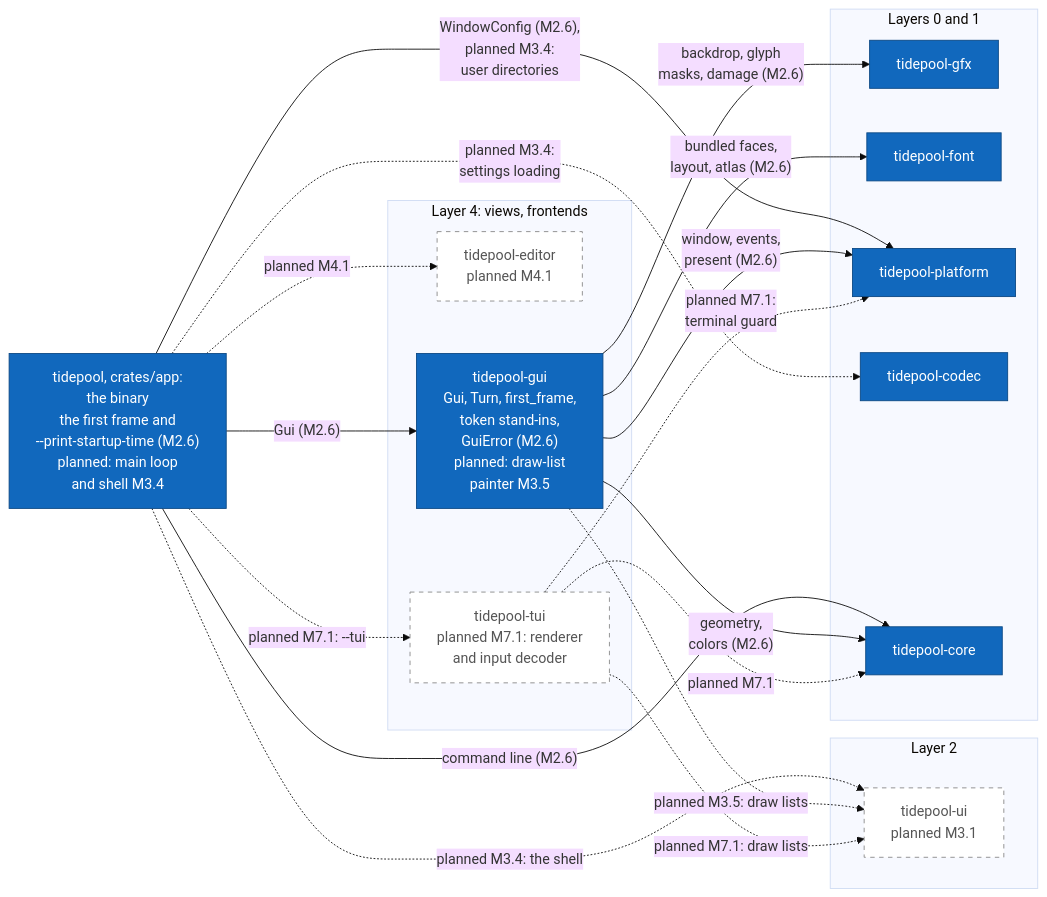
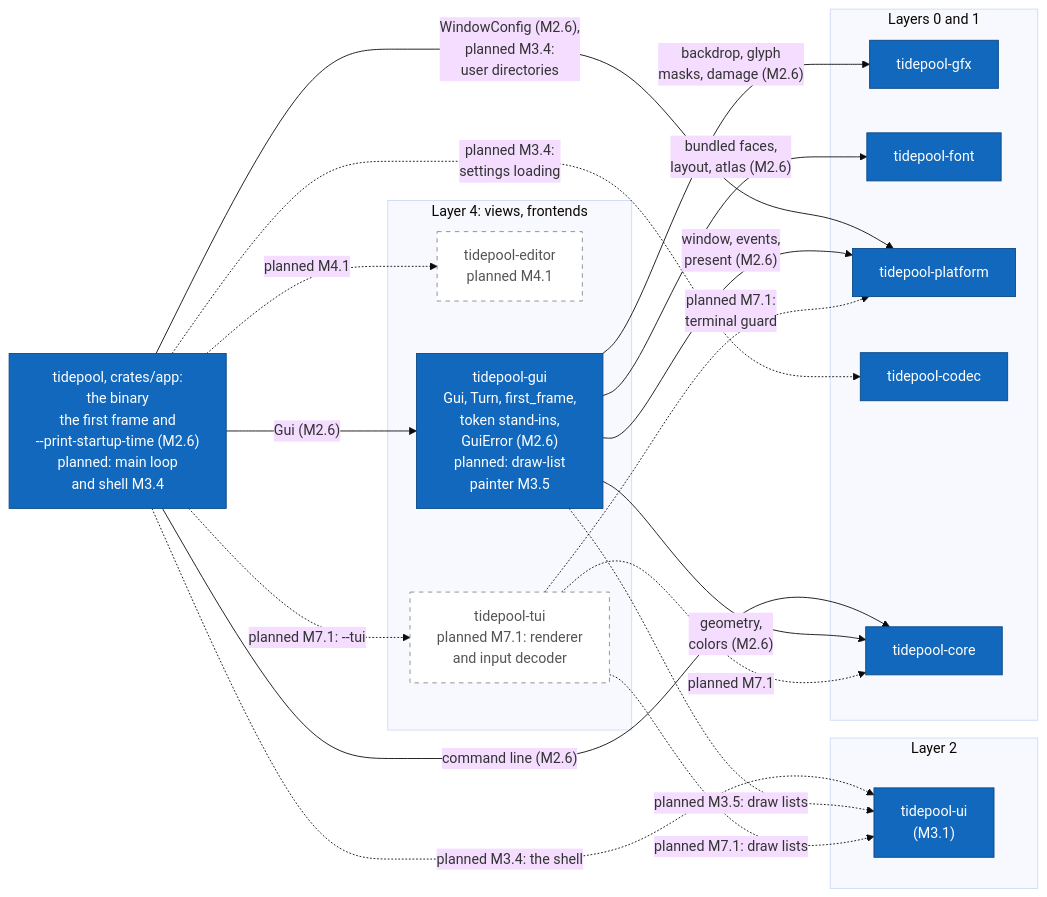
Before and after one commit to jabbott-iii/Tidepool: the tenth of 17 diagrams in diagrams/c4-architecture.md, drawn with Mermaid (base theme). The commit also changed other lines of this file and 32 other files, not shown here.

````diff
--- a/diagrams/c4-architecture.md
+++ b/diagrams/c4-architecture.md
@@ -516,40 +519,40 @@
 ```mermaid
 flowchart LR
     k_app["tidepool, crates/app:<br/>the binary<br/>the first frame and<br/>--print-startup-time (M2.6)<br/>planned: main loop<br/>and shell M3.4"]
     subgraph L4["Layer 4: views, frontends"]
         k_editor["tidepool-editor<br/>planned M4.1"]
         k_gui["tidepool-gui<br/>Gui, Turn, first_frame,<br/>token stand-ins,<br/>GuiError (M2.6)<br/>planned: draw-list<br/>painter M3.5"]
         k_tui["tidepool-tui<br/>planned M7.1: renderer<br/>and input decoder"]
     end
     subgraph L2["Layer 2"]
-        k_ui["tidepool-ui<br/>planned M3.1"]
+        k_ui["tidepool-ui<br/>(M3.1)"]
     end
     subgraph L01["Layers 0 and 1"]
         k_gfx["tidepool-gfx"]
         k_font["tidepool-font"]
         k_platform["tidepool-platform"]
         k_codec["tidepool-codec"]
         k_core["tidepool-core"]
     end
 
     k_app -->|"Gui (M2.6)"| k_gui
     k_app -.->|"planned M7.1: --tui"| k_tui
     k_app -.->|"planned M4.1"| k_editor
     k_app -.->|"planned M3.4: the shell"| k_ui
     k_app -.->|"planned M3.4:<br/>settings loading"| k_codec
     k_app -->|"WindowConfig (M2.6),<br/>planned M3.4:<br/>user directories"| k_platform
     k_app -->|"command line (M2.6)"| k_core
     k_gui -->|"geometry,<br/>colors (M2.6)"| k_core
     k_gui -->|"window, events,<br/>present (M2.6)"| k_platform
     k_gui -->|"backdrop, glyph<br/>masks, damage (M2.6)"| k_gfx
     k_gui -->|"bundled faces,<br/>layout, atlas (M2.6)"| k_font
     k_gui -.->|"planned M3.5: draw lists"| k_ui
     k_tui -.->|"planned M7.1"| k_core
     k_tui -.->|"planned M7.1:<br/>terminal guard"| k_platform
     k_tui -.->|"planned M7.1: draw lists"| k_ui
 
     classDef built fill:#1168bd,stroke:#0b4884,color:#ffffff
     classDef planned fill:#ffffff,stroke:#888888,stroke-dasharray: 5 5,color:#555555
-    class k_app,k_gui,k_platform,k_codec,k_gfx,k_font,k_core built
-    class k_editor,k_tui,k_ui planned
+    class k_app,k_gui,k_platform,k_codec,k_gfx,k_font,k_core,k_ui built
+    class k_editor,k_tui planned
 ```
````
